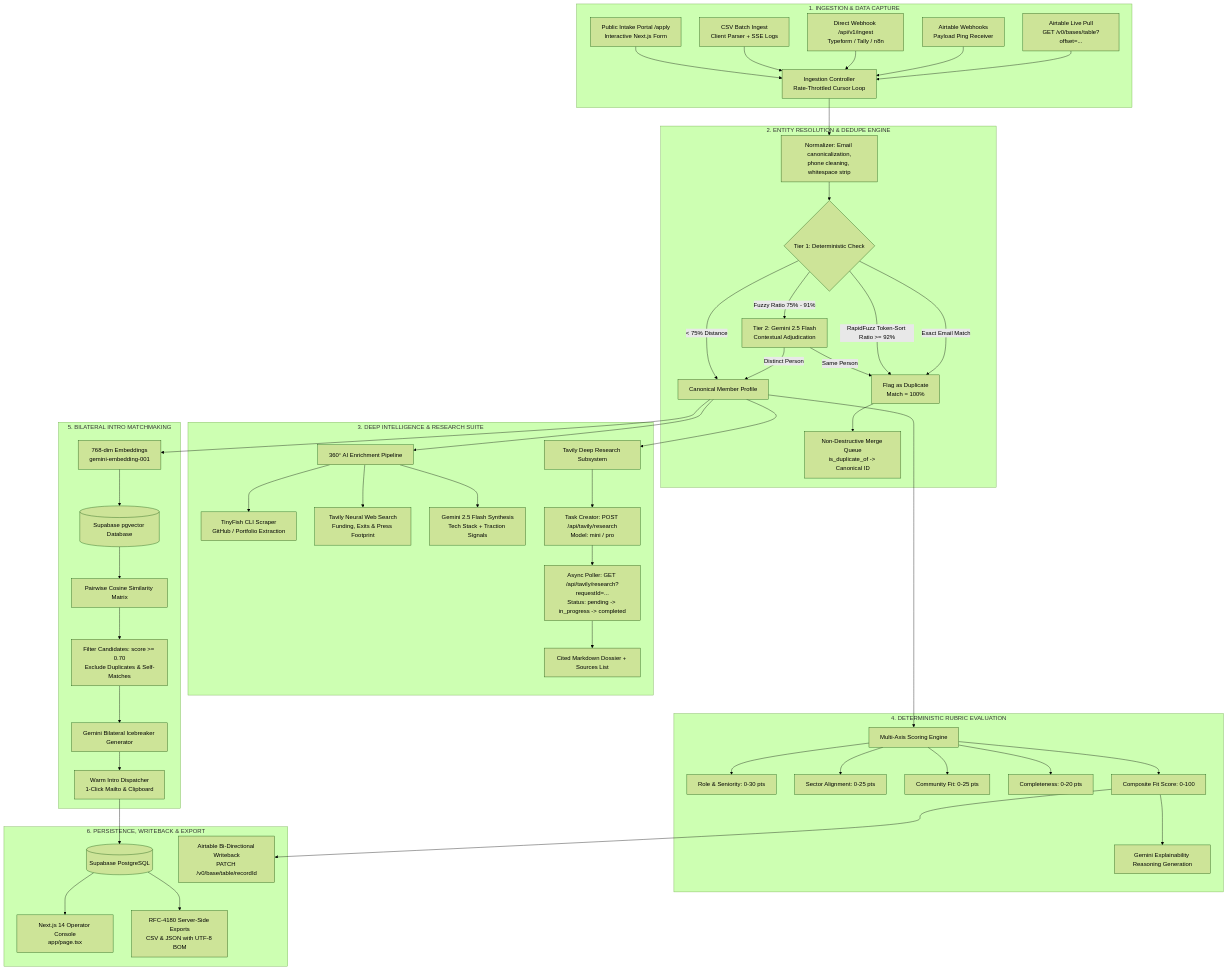
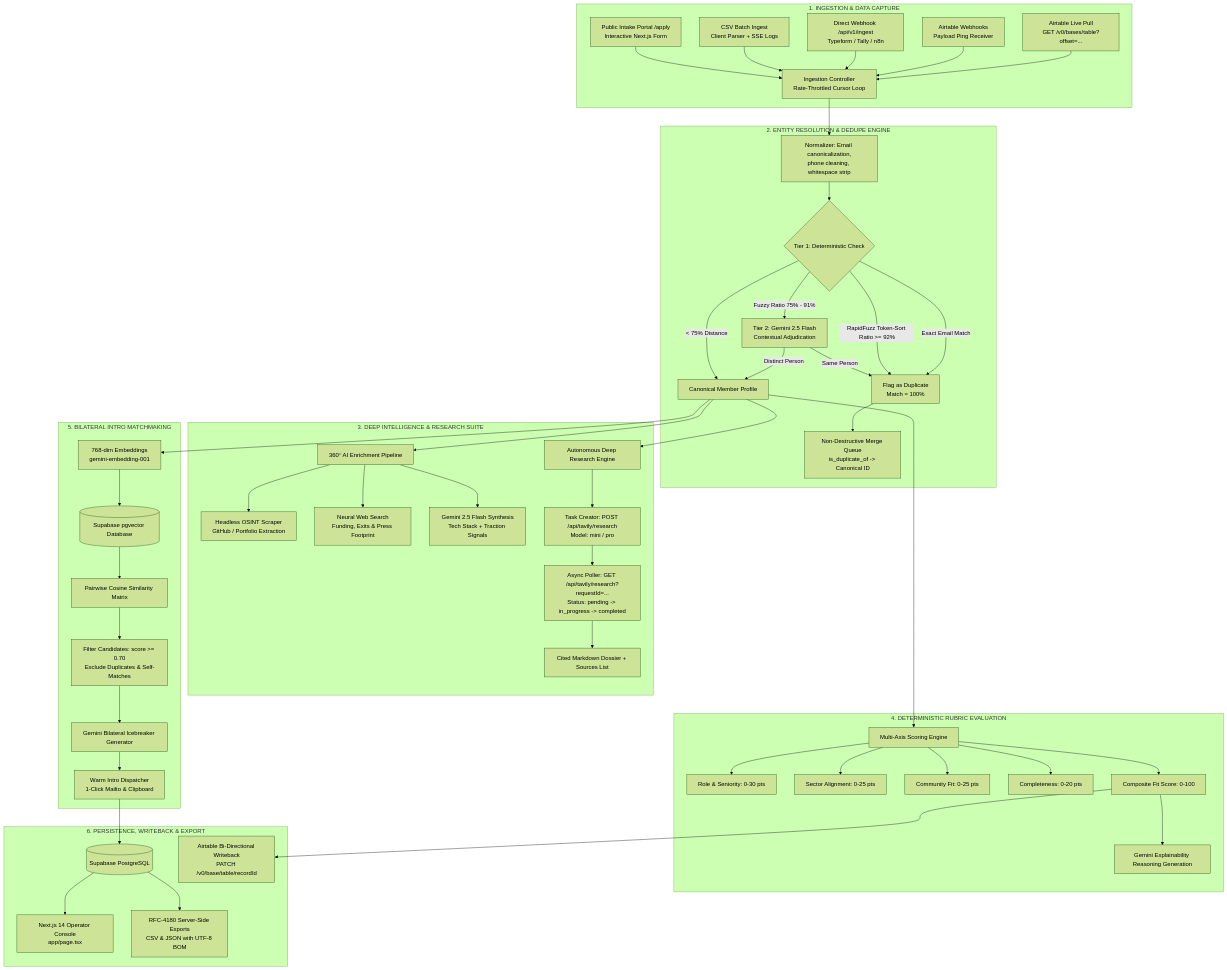
The first of 2 diagrams in ARCHITECTURE.md (bhaktofmahakal/offline-os), drawn with Mermaid (forest theme) before and after one commit. The commit also changed other lines of this file and 9 other files, not shown here.

````diff
--- a/ARCHITECTURE.md
+++ b/ARCHITECTURE.md
@@ -9,66 +9,66 @@
 ```mermaid
 flowchart TD
     %% INGESTION CHANNELS
     subgraph INGESTION["1. INGESTION & DATA CAPTURE"]
         A1[Airtable Live Pull\nGET /v0/bases/table?offset=...] --> A0[Ingestion Controller\nRate-Throttled Cursor Loop]
         A2[Airtable Webhooks\nPayload Ping Receiver] --> A0
         A3[Direct Webhook /api/v1/ingest\nTypeform / Tally / n8n] --> A0
         A4[CSV Batch Ingest\nClient Parser + SSE Logs] --> A0
         A5[Public Intake Portal /apply\nInteractive Next.js Form] --> A0
     end
 
     %% PIPELINE ENGINE
     subgraph CORE["2. ENTITY RESOLUTION & DEDUPE ENGINE"]
         A0 --> B1[Normalizer: Email canonicalization,\nphone cleaning, whitespace strip]
         B1 --> B2{Tier 1: Deterministic Check}
         B2 -->|Exact Email Match| B3[Flag as Duplicate\nMatch = 100%]
         B2 -->|RapidFuzz Token-Sort Ratio >= 92%| B3
         B2 -->|Fuzzy Ratio 75% - 91%| B4[Tier 2: Gemini 2.5 Flash\nContextual Adjudication]
         B4 -->|Same Person| B3
         B4 -->|Distinct Person| C1[Canonical Member Profile]
         B2 -->|< 75% Distance| C1
         B3 --> B5[Non-Destructive Merge Queue\nis_duplicate_of -> Canonical ID]
     end
 
     %% DEEP INTELLIGENCE
     subgraph INTEL["3. DEEP INTELLIGENCE & RESEARCH SUITE"]
         C1 --> D1[360° AI Enrichment Pipeline]
-        D1 --> D2[TinyFish CLI Scraper\nGitHub / Portfolio Extraction]
-        D1 --> D3[Tavily Neural Web Search\nFunding, Exits & Press Footprint]
+        D1 --> D2[Headless OSINT Scraper\nGitHub / Portfolio Extraction]
+        D1 --> D3[Neural Web Search\nFunding, Exits & Press Footprint]
         D1 --> D4[Gemini 2.5 Flash Synthesis\nTech Stack + Traction Signals]
         
-        C1 --> D5[Tavily Deep Research Subsystem]
+        C1 --> D5[Autonomous Deep Research Engine]
         D5 --> D6[Task Creator: POST /api/tavily/research\nModel: mini / pro]
         D6 --> D7[Async Poller: GET /api/tavily/research?requestId=...\nStatus: pending -> in_progress -> completed]
         D7 --> D8[Cited Markdown Dossier + Sources List]
     end
 
     %% SCORING & EVALUATION
     subgraph SCORING["4. DETERMINISTIC RUBRIC EVALUATION"]
         C1 --> E1[Multi-Axis Scoring Engine]
         E1 --> E2[Role & Seniority: 0-30 pts]
         E1 --> E3[Sector Alignment: 0-25 pts]
         E1 --> E4[Community Fit: 0-25 pts]
         E1 --> E5[Completeness: 0-20 pts]
         E1 --> E6[Composite Fit Score: 0-100]
         E6 --> E7[Gemini Explainability Reasoning Generation]
     end
 
     %% MATCHMAKING
     subgraph MATCH["5. BILATERAL INTRO MATCHMAKING"]
         C1 --> F1[768-dim Embeddings\ngemini-embedding-001]
         F1 --> F2[(Supabase pgvector Database)]
         F2 --> F3[Pairwise Cosine Similarity Matrix]
         F3 --> F4[Filter Candidates: score >= 0.70\nExclude Duplicates & Self-Matches]
         F4 --> F5[Gemini Bilateral Icebreaker Generator]
         F5 --> F6[Warm Intro Dispatcher\n1-Click Mailto & Clipboard]
     end
 
     %% WRITEBACK & UI
     subgraph OUTPUT["6. PERSISTENCE, WRITEBACK & EXPORT"]
         F6 --> G1[(Supabase PostgreSQL)]
         E6 --> G2[Airtable Bi-Directional Writeback\nPATCH /v0/base/table/recordId]
         G1 --> G3[Next.js 14 Operator Console\napp/page.tsx]
         G1 --> G4[RFC-4180 Server-Side Exports\nCSV & JSON with UTF-8 BOM]
     end
 ```
````
